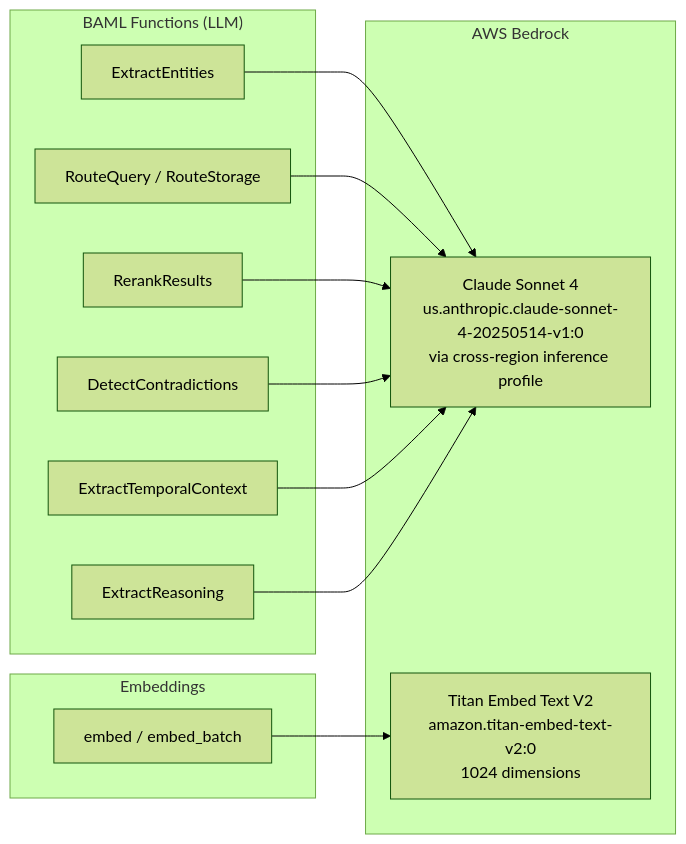
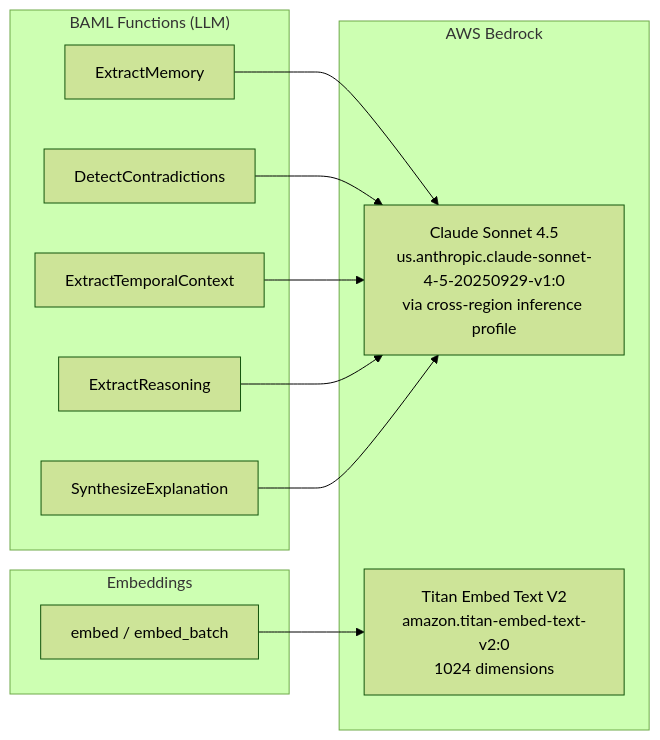
The fourth of 7 diagrams in README.md (MuddyBootsCode/neo4j-agent-memory-mcp), drawn with Mermaid (forest theme) before and after one commit. The commit also changed other lines of this file and 2 other files, not shown here.

First line of the commit message:
docs: rewrite README for single-graph architecture; note upgrade status

````diff
--- a/README.md
+++ b/README.md
@@ -207,23 +162,22 @@
 ```mermaid
 graph LR
     subgraph "BAML Functions (LLM)"
-        E[ExtractEntities]
-        R[RouteQuery / RouteStorage]
-        RR[RerankResults]
+        E[ExtractMemory]
         T[DetectContradictions]
         TE[ExtractTemporalContext]
         RE[ExtractReasoning]
+        SE[SynthesizeExplanation]
     end
 
     subgraph "Embeddings"
         EM[embed / embed_batch]
     end
 
     subgraph "AWS Bedrock"
-        CS[Claude Sonnet 4<br/>us.anthropic.claude-sonnet-4-20250514-v1:0<br/>via cross-region inference profile]
+        CS[Claude Sonnet 4.5<br/>us.anthropic.claude-sonnet-4-5-20250929-v1:0<br/>via cross-region inference profile]
         TT[Titan Embed Text V2<br/>amazon.titan-embed-text-v2:0<br/>1024 dimensions]
     end
 
-    E & R & RR & T & TE & RE --> CS
+    E & T & TE & RE & SE --> CS
     EM --> TT
 ```
````
